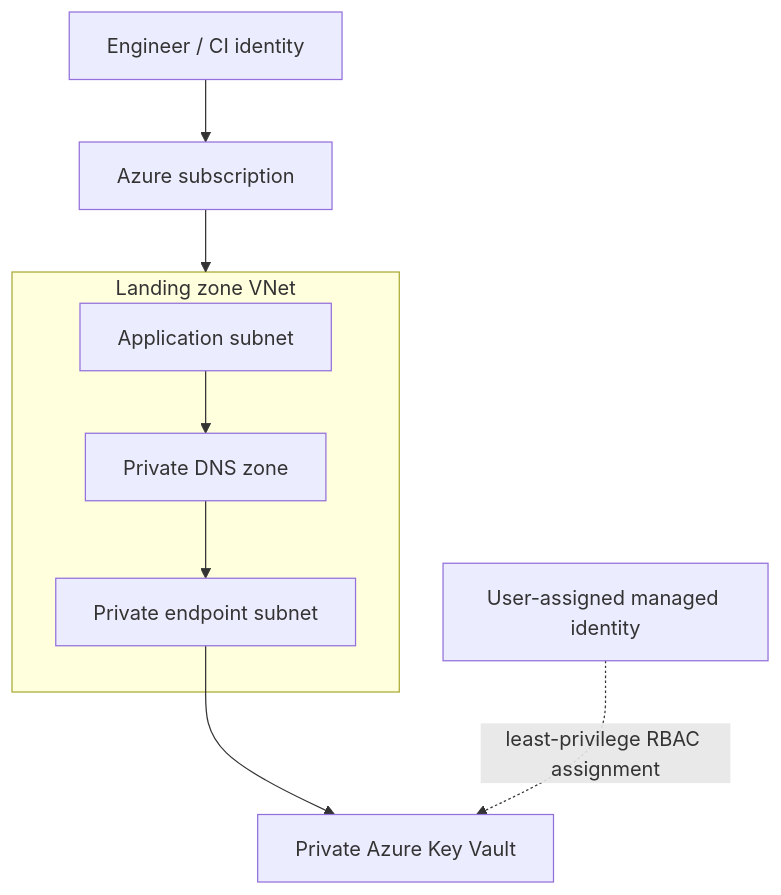
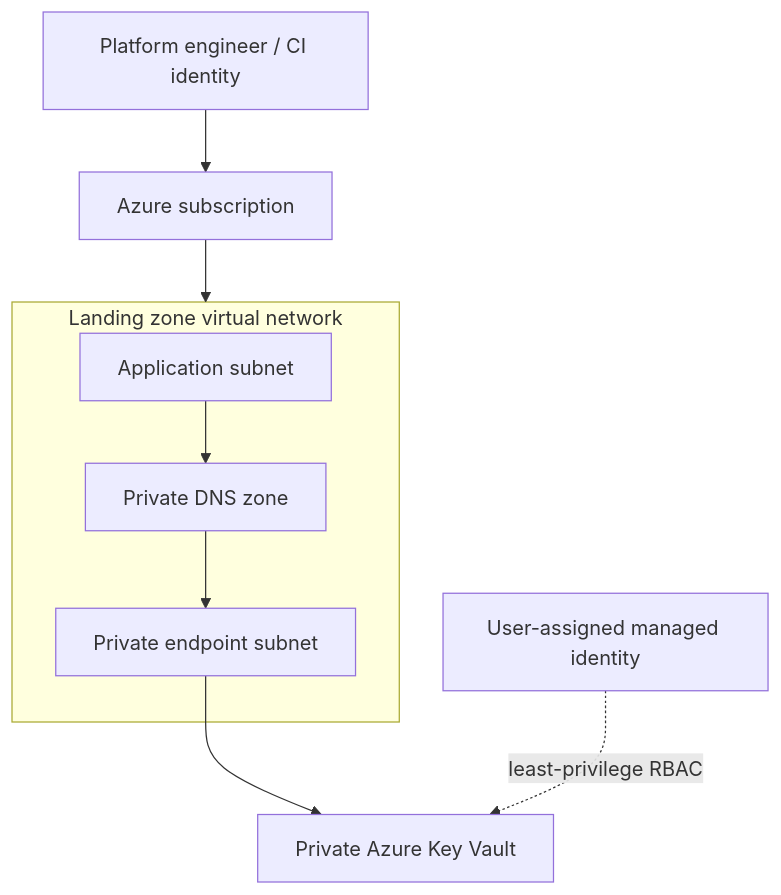
The diagram in README.md (haqueamir70-coder/azure-production-landing-zone), drawn with Mermaid before and after one commit. The commit also changed other lines of this file, not shown here.

Commit message:
Redesign project README as an engineering landing page

````diff
--- a/README.md
+++ b/README.md
@@ -35,13 +26,14 @@
 ```mermaid
 flowchart TB
-  Engineer[Engineer / CI identity] --> Azure[Azure subscription]
-  subgraph VNet[Landing zone VNet]
+  Operator[Platform engineer / CI identity] --> Sub[Azure subscription]
+  subgraph VNet[Landing zone virtual network]
     App[Application subnet]
     PE[Private endpoint subnet]
     DNS[Private DNS zone]
-    App --> DNS --> PE
+    App --> DNS
+    DNS --> PE
   end
-  Azure --> VNet
+  Sub --> VNet
   PE --> KV[Private Azure Key Vault]
-  MI[User-assigned managed identity] -. least-privilege RBAC assignment .-> KV
+  MI[User-assigned managed identity] -. least-privilege RBAC .-> KV
 ```
````
